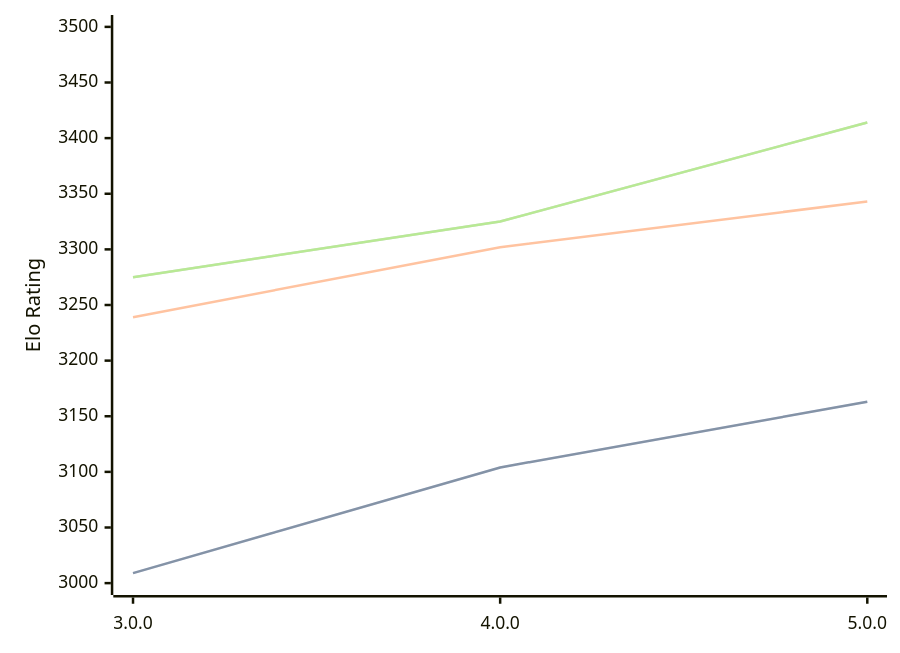
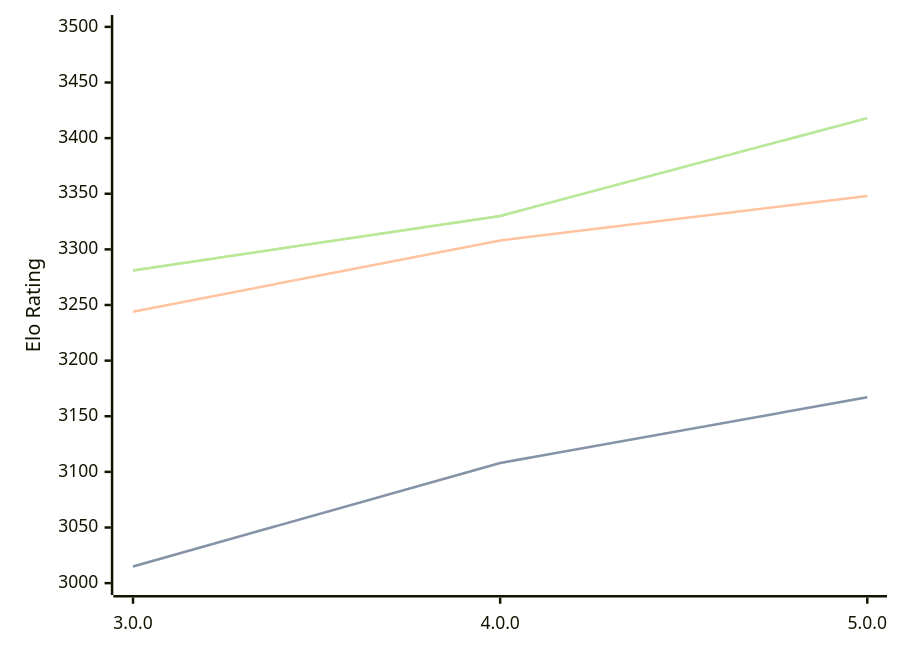
Before and after one commit to computer-chess-index/cci: the diagram in engines/Minke.md, drawn with Mermaid. The commit also changed other lines of this file, not shown here.

Commit message:
Update CCI Ratings (ELO VLTC) - 2026-04-14

````diff
--- a/engines/Minke.md
+++ b/engines/Minke.md
@@ -35,11 +35,11 @@
 ```mermaid
 %%{init: {"theme":"base","themeVariables":{"seriesColors:['#a3a3a3','#222221','#faa371']}}}%%
 xychart-beta
   x-axis ["3.0.0", "4.0.0", "5.0.0"]
   y-axis "Elo Rating" 3000 --> 3500
-  line "STC (8.0+0.08s)" [3009, 3104, 3163]
-  line "STC (8.0+0.08s)" [3009, 3104, 3163]
-  line "LTC (60.0+0.60s)" [3239, 3302, 3343]
-  line "VLTC (2m24s+1.12s)" [3275, 3325, 3414]
-  line "VLTC (2m24s+1.12s)" [3275, 3325, 3414]
+  line "STC (8.0+0.08s)" [3015, 3108, 3167]
+  line "STC (8.0+0.08s)" [3015, 3108, 3167]
+  line "LTC (60.0+0.60s)" [3244, 3308, 3348]
+  line "VLTC (2m24s+1.12s)" [3281, 3330, 3418]
+  line "VLTC (2m24s+1.12s)" [3281, 3330, 3418]
 ```
````
